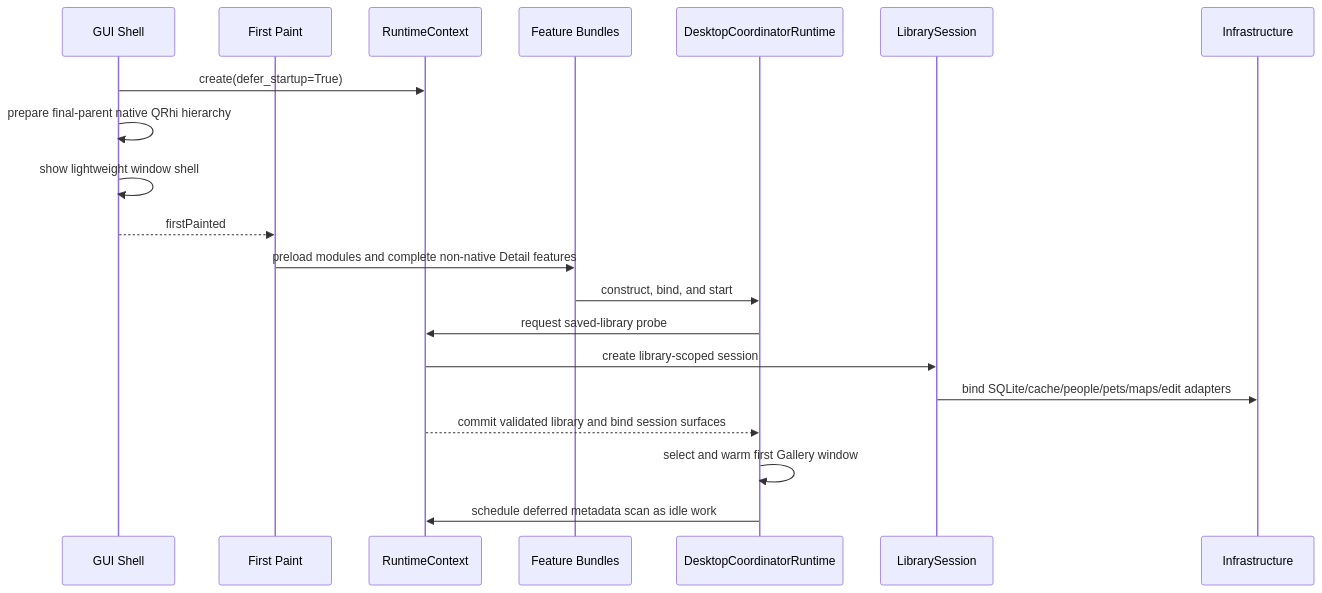
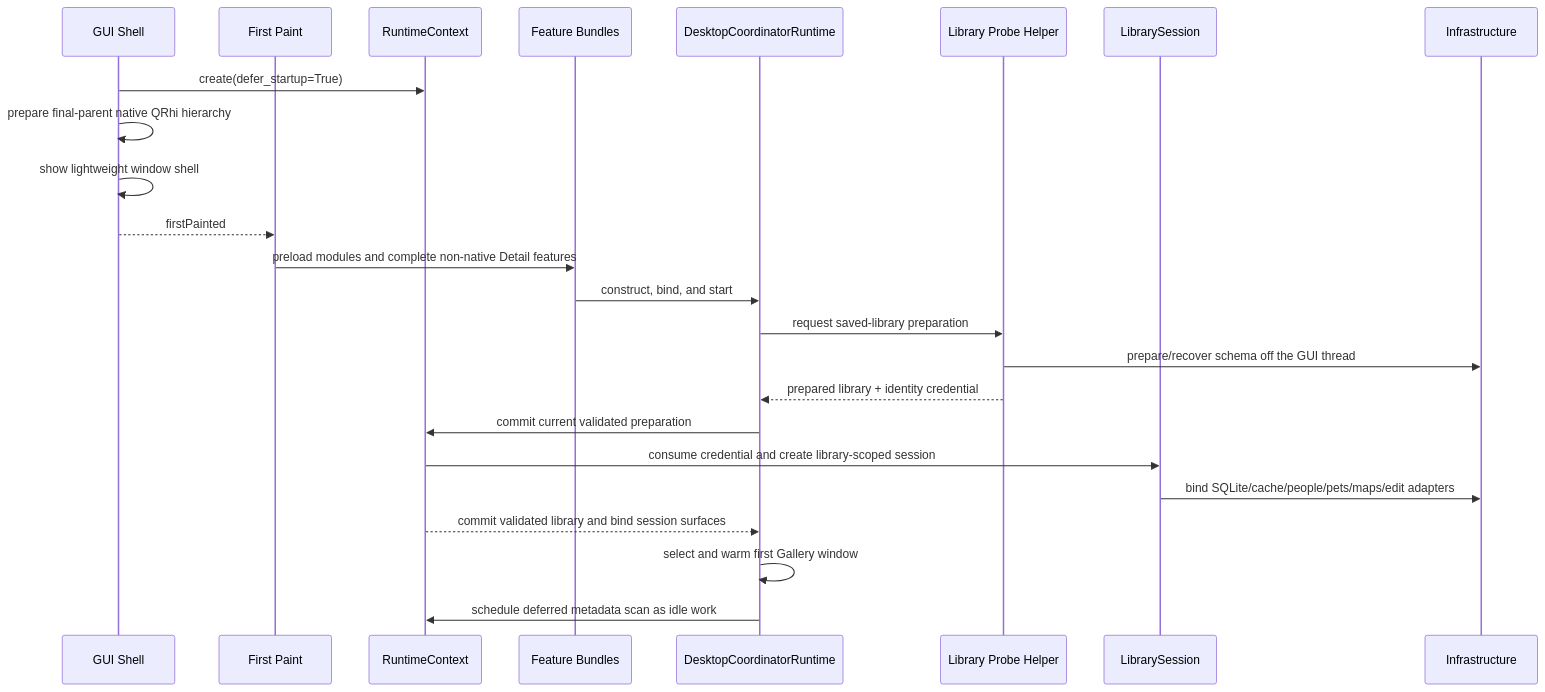
The second of 7 diagrams in docs/architecture.md (OliverZhaohaibin/iPhotron-LocalPhotoAlbumManager), drawn with Mermaid before and after one commit. The commit also changed other lines of this file and 17 other files, not shown here.

Commit message:
docs: update development and architecture contracts

````diff
--- a/docs/architecture.md
+++ b/docs/architecture.md
@@ -494,23 +568,27 @@
 ```mermaid
 sequenceDiagram
     participant UI as GUI Shell
     participant Paint as First Paint
     participant Runtime as RuntimeContext
     participant Feature as Feature Bundles
     participant Coordinator as DesktopCoordinatorRuntime
+    participant Probe as Library Probe Helper
     participant Session as LibrarySession
     participant Infra as Infrastructure
 
     UI->>Runtime: create(defer_startup=True)
     UI->>UI: prepare final-parent native QRhi hierarchy
     UI->>UI: show lightweight window shell
     UI-->>Paint: firstPainted
     Paint->>Feature: preload modules and complete non-native Detail features
     Feature->>Coordinator: construct, bind, and start
-    Coordinator->>Runtime: request saved-library probe
-    Runtime->>Session: create library-scoped session
+    Coordinator->>Probe: request saved-library preparation
+    Probe->>Infra: prepare/recover schema off the GUI thread
+    Probe-->>Coordinator: prepared library + identity credential
+    Coordinator->>Runtime: commit current validated preparation
+    Runtime->>Session: consume credential and create library-scoped session
     Session->>Infra: bind SQLite/cache/people/pets/maps/edit adapters
     Runtime-->>Coordinator: commit validated library and bind session surfaces
     Coordinator->>Coordinator: select and warm first Gallery window
     Coordinator->>Runtime: schedule deferred metadata scan as idle work
 ```
````
